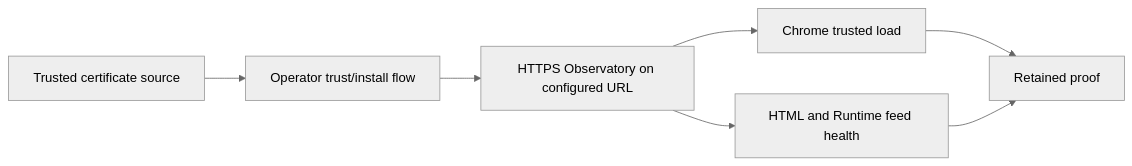
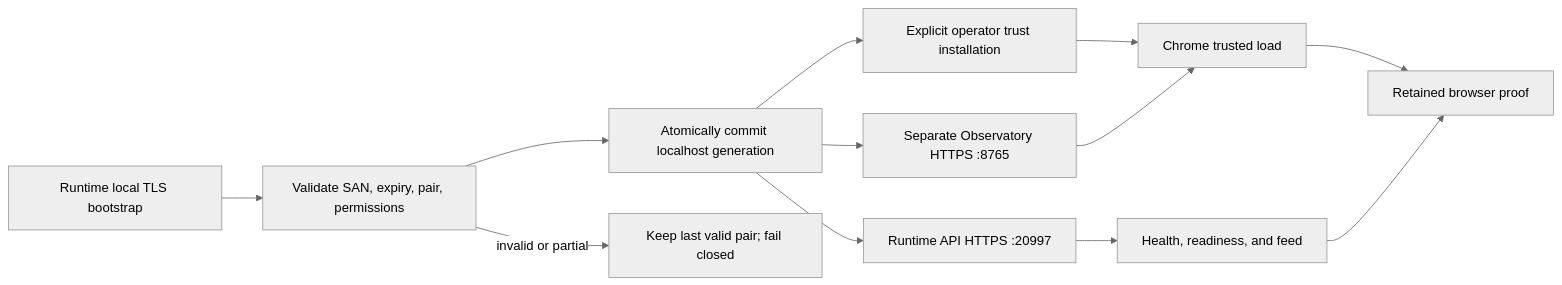
One commit to danielbaustin/agent-design-language changed the diagram in .csdlc/prepared/issues/5800/diagram.mmd. Above: the diagram before and after it, drawn with Mermaid (neutral theme). The commit also changed 131 other files, not shown here.

```diff
--- a/.csdlc/prepared/issues/5800/diagram.mmd
+++ b/.csdlc/prepared/issues/5800/diagram.mmd
@@ -1,7 +1,12 @@
 flowchart LR
-  C["Trusted certificate source"] --> I["Operator trust/install flow"]
-  I --> O["HTTPS Observatory on configured URL"]
-  O --> B["Chrome trusted load"]
-  O --> H["HTML and Runtime feed health"]
-  B --> P["Retained proof"]
+  S["Runtime local TLS bootstrap"] --> V["Validate SAN, expiry, pair, permissions"]
+  V --> C["Atomically commit localhost generation"]
+  C --> T["Explicit operator trust installation"]
+  C --> R["Runtime API HTTPS :20997"]
+  C --> O["Separate Observatory HTTPS :8765"]
+  T --> B["Chrome trusted load"]
+  R --> H["Health, readiness, and feed"]
+  O --> B
+  B --> P["Retained browser proof"]
   H --> P
+  V -->|"invalid or partial"| F["Keep last valid pair; fail closed"]
```
